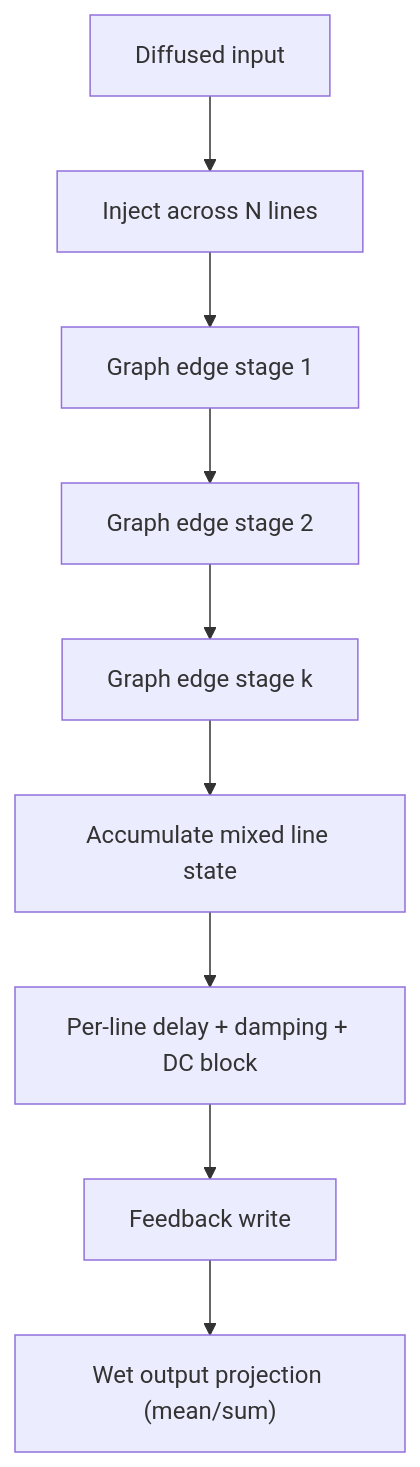
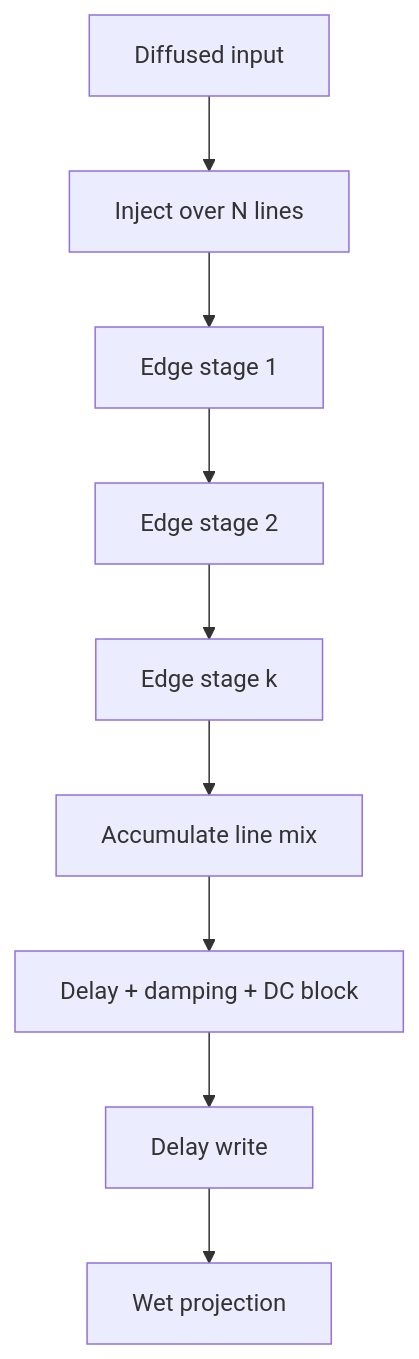
Diagram 12 of 15 in README.md (TheColby/verbx), drawn with Mermaid before and after one commit. The commit also changed other lines of this file, not shown here.

Commit message:
docs: improve FDN diagrams and add detailed DSP flow section

````diff
--- a/README.md
+++ b/README.md
@@ -1604,11 +1609,11 @@
 ```mermaid
 flowchart TD
-  A["Diffused input"] --> B["Inject across N lines"]
-  B --> C["Graph edge stage 1"]
-  C --> D["Graph edge stage 2"]
-  D --> E["Graph edge stage k"]
-  E --> F["Accumulate mixed line state"]
-  F --> G["Per-line delay + damping + DC block"]
-  G --> H["Feedback write"]
-  H --> I["Wet output projection (mean/sum)"]
+  INJ["Diffused input"] --> LINES["Inject over N lines"]
+  LINES --> E1["Edge stage 1"]
+  E1 --> E2["Edge stage 2"]
+  E2 --> EK["Edge stage k"]
+  EK --> MIX["Accumulate line mix"]
+  MIX --> LOOP["Delay + damping + DC block"]
+  LOOP --> WR["Delay write"]
+  WR --> WET["Wet projection"]
 ```
````
